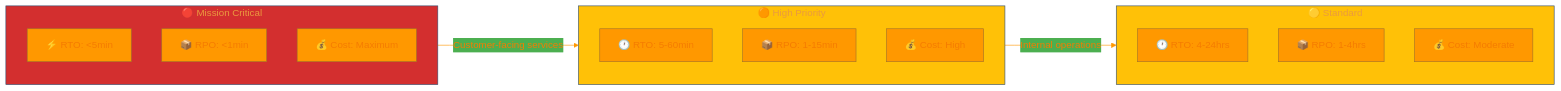
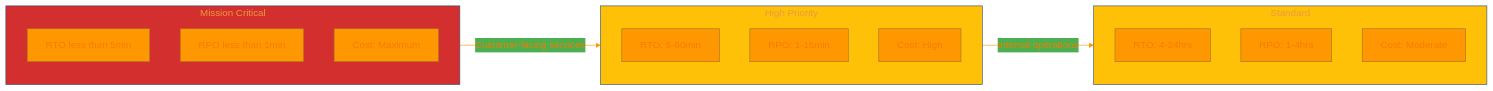
One commit to Hack23/ISMS-PUBLIC changed the sixth of 10 diagrams in Information_Security_Strategy.md. Above: the diagram before and after it, drawn with Mermaid. The commit also changed other lines of this file, not shown here.

````diff
--- a/Information_Security_Strategy.md
+++ b/Information_Security_Strategy.md
@@ -630,39 +912,39 @@
 ```mermaid
 %%{
   init: {
     'theme': 'base',
     'themeVariables': {
       'primaryColor': '#FF9800',
       'primaryTextColor': '#F57C00',
       'lineColor': '#ff9800',
       'secondaryColor': '#4CAF50',
       'tertiaryColor': '#1565C0'
     }
   }
 }%%
 flowchart LR
-    subgraph CRITICAL["🔴 Mission Critical"]
-        RTO_INSTANT[⚡ RTO: <5min]
-        RPO_ZERO[📦 RPO: <1min]
-        COST_MAX[💰 Cost: Maximum]
+    subgraph CRITICAL["Mission Critical"]
+        RTO_INSTANT["RTO less than 5min"]
+        RPO_ZERO["RPO less than 1min"]
+        COST_MAX["Cost: Maximum"]
     end
     
-    subgraph HIGH["🟠 High Priority"]
-        RTO_CRITICAL[🕐 RTO: 5-60min]
-        RPO_REALTIME[📦 RPO: 1-15min]
-        COST_HIGH[💰 Cost: High]
+    subgraph HIGH["High Priority"]
+        RTO_CRITICAL["RTO: 5-60min"]
+        RPO_REALTIME["RPO: 1-15min"]
+        COST_HIGH["Cost: High"]
     end
     
-    subgraph STANDARD["🟡 Standard"]
-        RTO_MEDIUM[🕐 RTO: 4-24hrs]
-        RPO_HOURLY[📦 RPO: 1-4hrs]
-        COST_MOD[💰 Cost: Moderate]
+    subgraph STANDARD["Standard"]
+        RTO_MEDIUM["RTO: 4-24hrs"]
+        RPO_HOURLY["RPO: 1-4hrs"]
+        COST_MOD["Cost: Moderate"]
     end
     
     CRITICAL --> |"Customer-facing services"| HIGH
     HIGH --> |"Internal operations"| STANDARD
     
     style CRITICAL fill:#D32F2F
     style HIGH fill:#FFC107
     style STANDARD fill:#FFC107
 ```
````
